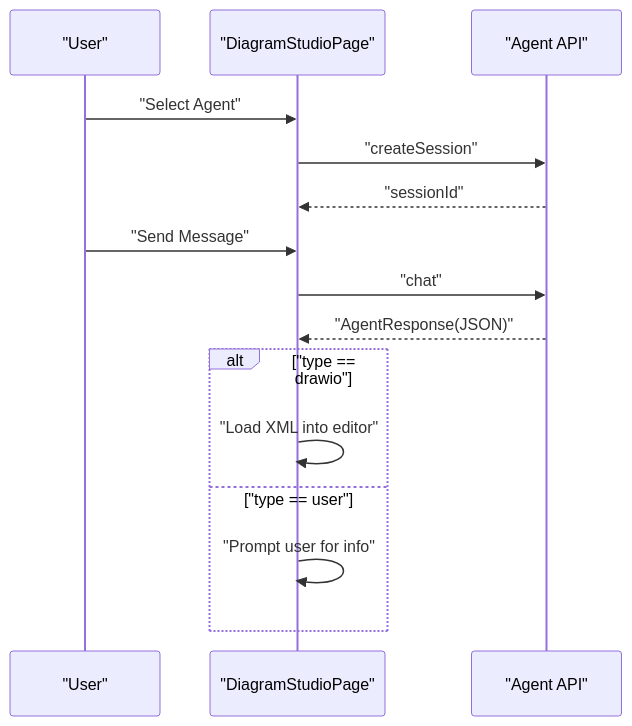
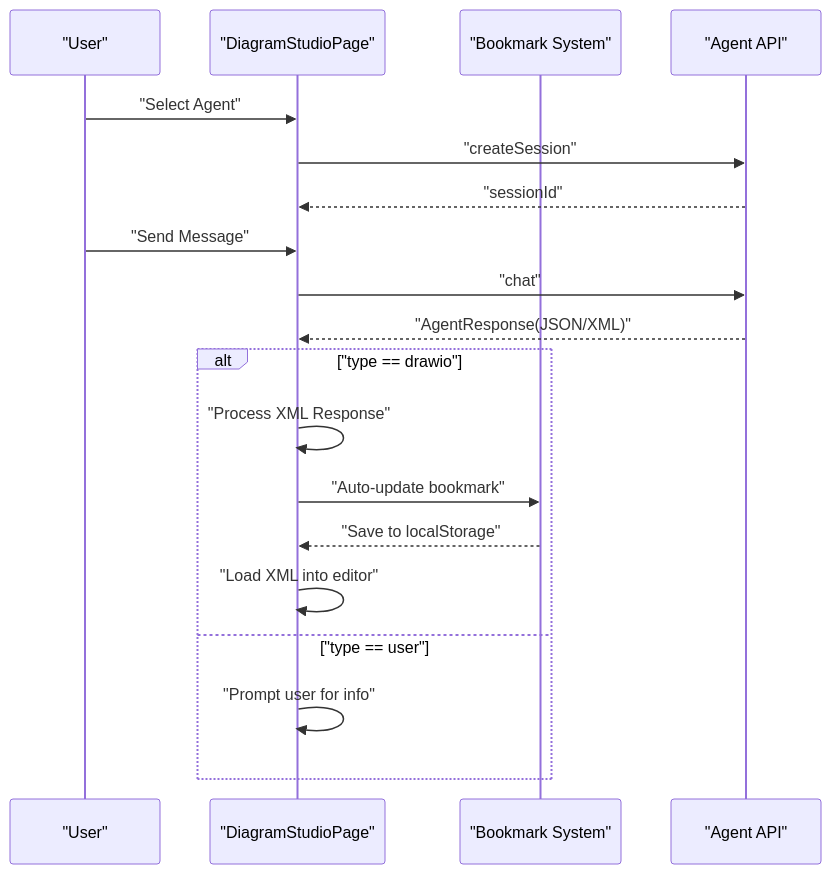
Diagram 13 of 15 in .qoder/repowiki/en/content/Diagram Editor.md (shrekboss/agent-draw-io-front), drawn with Mermaid before and after one commit. The commit also changed other lines of this file and 13 other files, not shown here.

Commit message:
feat(agent-draw-io-front): 优化交互式画图

````diff
--- a/.qoder/repowiki/en/content/Diagram Editor.md
+++ b/.qoder/repowiki/en/content/Diagram Editor.md
@@ -334,17 +628,21 @@
 ```mermaid
 sequenceDiagram
 participant U as "User"
 participant P as "DiagramStudioPage"
+participant B as "Bookmark System"
 participant A as "Agent API"
 U->>P : "Select Agent"
 P->>A : "createSession"
 A-->>P : "sessionId"
 U->>P : "Send Message"
 P->>A : "chat"
-A-->>P : "AgentResponse(JSON)"
+A-->>P : "AgentResponse(JSON/XML)"
 alt "type == drawio"
+P->>P : "Process XML Response"
+P->>B : "Auto-update bookmark"
+B-->>P : "Save to localStorage"
 P->>P : "Load XML into editor"
 else "type == user"
 P->>P : "Prompt user for info"
 end
 ```
````
